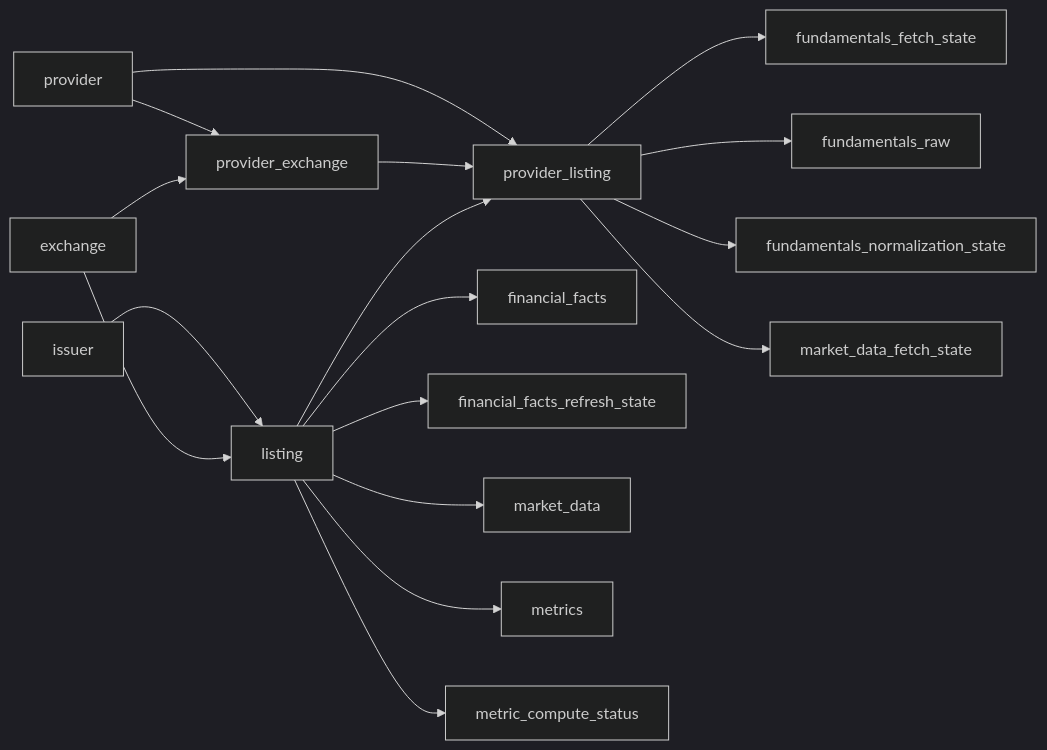
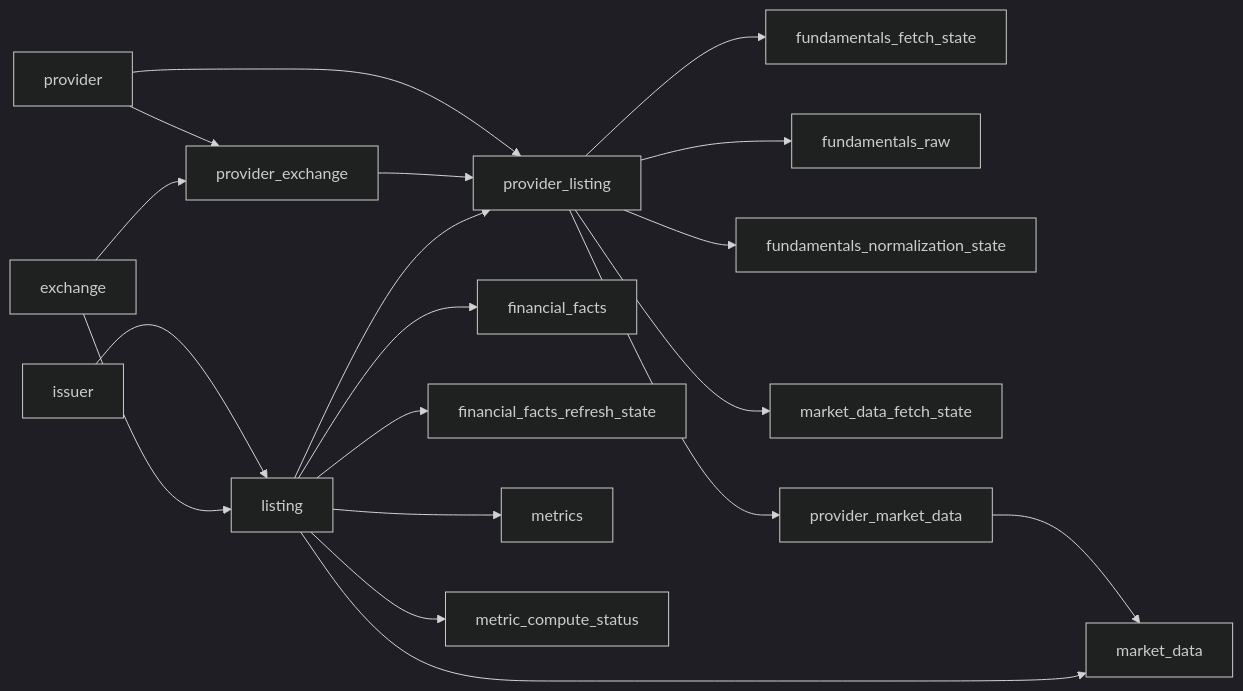
One commit to emretezel/pyvalue changed the first of 2 diagrams in docs/architecture/database/relationships.md. Above: the diagram before and after it, drawn with Mermaid (dark theme). The commit also changed other lines of this file and 30 other files, not shown here.

First line of the commit message:
docs: document the provider/canonical market-data and FX split

````diff
--- a/docs/architecture/database/relationships.md
+++ b/docs/architecture/database/relationships.md
@@ -7,19 +7,21 @@
 ```mermaid
 flowchart LR
     provider --> provider_exchange
     exchange --> provider_exchange
     issuer --> listing
     exchange --> listing
     provider --> provider_listing
     provider_exchange --> provider_listing
     listing --> provider_listing
     provider_listing --> fundamentals_fetch_state
     provider_listing --> fundamentals_raw
     provider_listing --> fundamentals_normalization_state
     provider_listing --> market_data_fetch_state
+    provider_listing --> provider_market_data
+    provider_market_data --> market_data
     listing --> financial_facts
     listing --> financial_facts_refresh_state
     listing --> market_data
     listing --> metrics
     listing --> metric_compute_status
 ```
````
